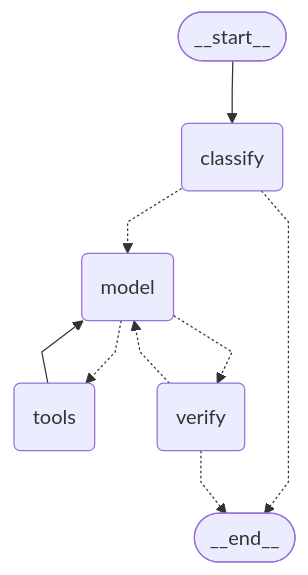
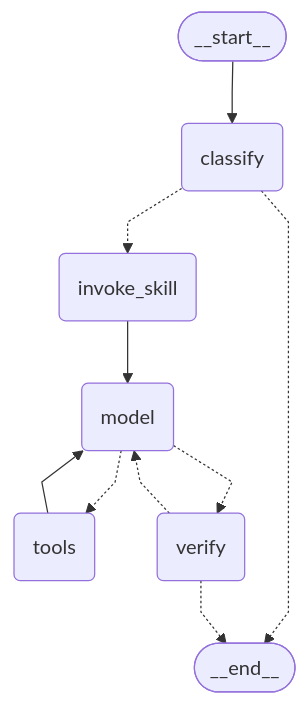
Before and after one commit to hadifar/rag: the diagram in docs/diagrams/agent-graph.md, drawn with Mermaid. The commit also changed other lines of this file and 21 other files, not shown here.

Commit message:
feat(skills): invoke a saved skill with /<name>

````diff
--- a/docs/diagrams/agent-graph.md
+++ b/docs/diagrams/agent-graph.md
@@ -5,22 +5,24 @@
 ```mermaid
 ---
 config:
   flowchart:
     curve: linear
 ---
 graph TD;
 	__start__([<p>__start__</p>]):::first
 	classify(classify)
+	invoke_skill(invoke_skill)
 	model(model)
 	tools(tools)
 	verify(verify)
 	__end__([<p>__end__</p>]):::last
 	__start__ --> classify;
 	classify -.-> __end__;
-	classify -.-> model;
+	classify -.-> invoke_skill;
+	invoke_skill --> model;
 	model -.-> tools;
 	model -.-> verify;
 	tools --> model;
 	verify -.-> __end__;
 	verify -.-> model;
 ```
````
